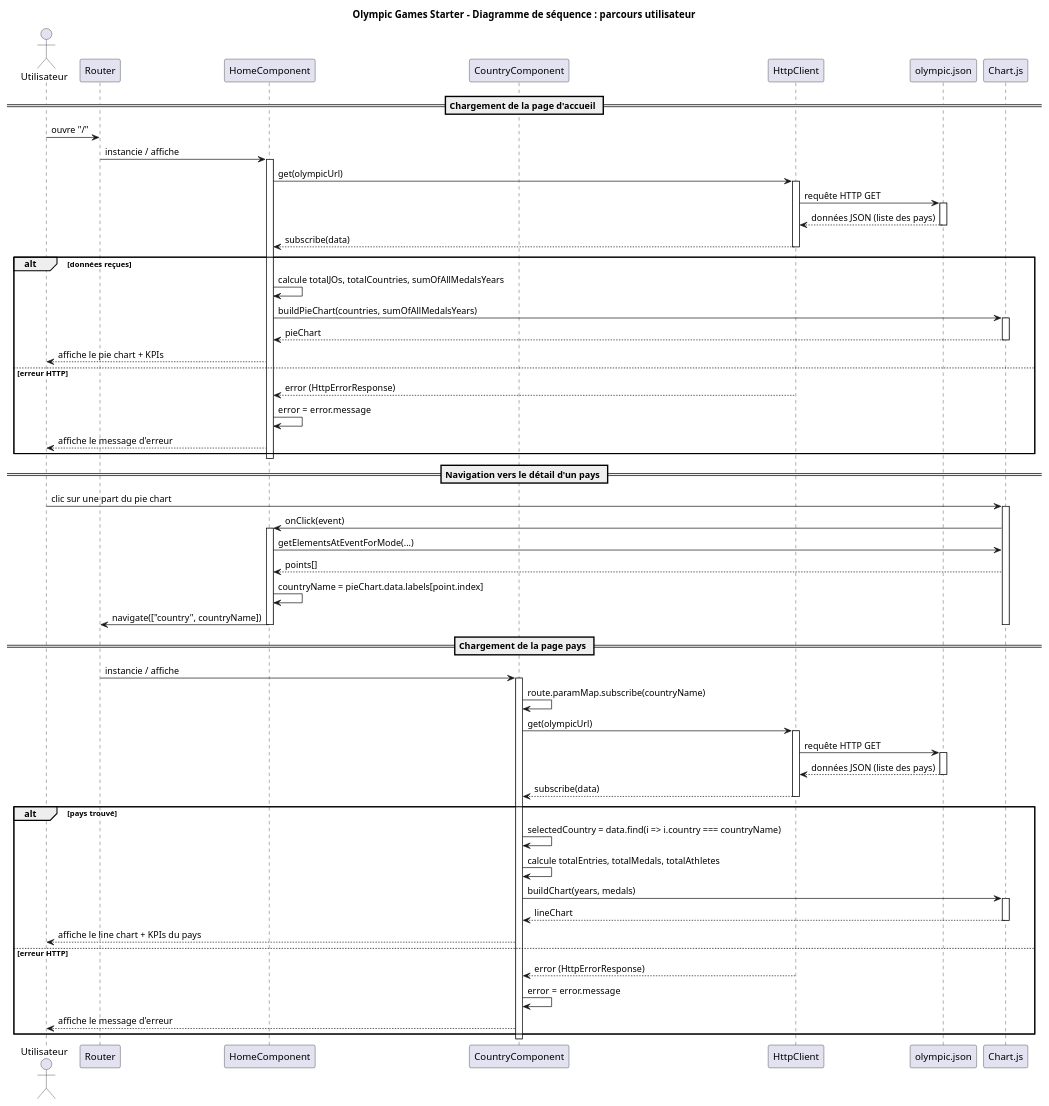
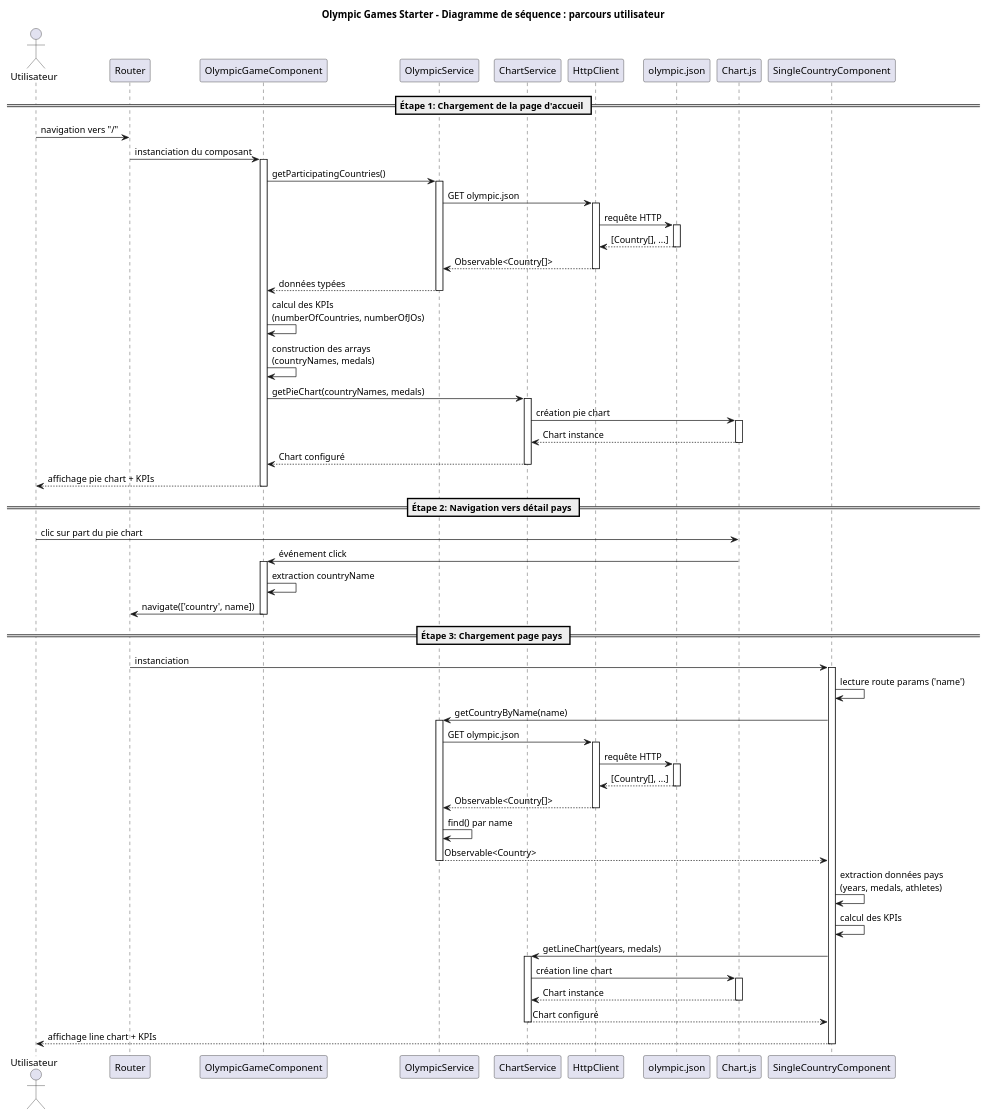
The diagram in docs/diagrams/sequence-diagram.puml (laurentmariko-hub/openclassroom-projet-2), drawn with PlantUML before and after one commit. The commit also changed 13 other files, not shown here.

```diff
--- a/docs/diagrams/sequence-diagram.puml
+++ b/docs/diagrams/sequence-diagram.puml
@@ -1,79 +1,92 @@
 @startuml sequence-diagram
 title Olympic Games Starter - Diagramme de séquence : parcours utilisateur
 
 actor Utilisateur as User
 participant "Router" as Router
-participant "HomeComponent" as Home
-participant "CountryComponent" as Country
+participant "OlympicGameComponent" as OlympicGame
+participant "OlympicService" as Service
+participant "ChartService" as ChartSvc
 participant "HttpClient" as Http
 participant "olympic.json" as Json
 participant "Chart.js" as Chart
 
-== Chargement de la page d'accueil ==
-User -> Router : ouvre "/"
-Router -> Home : instancie / affiche
-activate Home
-Home -> Http : get(olympicUrl)
+== Étape 1: Chargement de la page d'accueil ==
+User -> Router : navigation vers "/"
+Router -> OlympicGame : instanciation du composant
+activate OlympicGame
+
+OlympicGame -> Service : getParticipatingCountries()
+activate Service
+Service -> Http : GET olympic.json
 activate Http
-Http -> Json : requête HTTP GET
+Http -> Json : requête HTTP
 activate Json
-Json --> Http : données JSON (liste des pays)
+Json --> Http : [Country[], ...]
 deactivate Json
-Http --> Home : subscribe(data)
+Http --> Service : Observable<Country[]>
 deactivate Http
 
-alt données reçues
-    Home -> Home : calcule totalJOs, totalCountries, sumOfAllMedalsYears
-    Home -> Chart : buildPieChart(countries, sumOfAllMedalsYears)
-    activate Chart
-    Chart --> Home : pieChart
-    deactivate Chart
-    Home --> User : affiche le pie chart + KPIs
-else erreur HTTP
-    Http --> Home : error (HttpErrorResponse)
-    Home -> Home : error = error.message
-    Home --> User : affiche le message d'erreur
-end
-deactivate Home
+Service --> OlympicGame : données typées
+deactivate Service
 
-== Navigation vers le détail d'un pays ==
-User -> Chart : clic sur une part du pie chart
+OlympicGame -> OlympicGame : calcul des KPIs\n(numberOfCountries, numberOfJOs)
+OlympicGame -> OlympicGame : construction des arrays\n(countryNames, medals)
+
+OlympicGame -> ChartSvc : getPieChart(countryNames, medals)
+activate ChartSvc
+ChartSvc -> Chart : création pie chart
 activate Chart
-Chart -> Home : onClick(event)
-activate Home
-Home -> Chart : getElementsAtEventForMode(...)
-Chart --> Home : points[]
-Home -> Home : countryName = pieChart.data.labels[point.index]
-Home -> Router : navigate(["country", countryName])
-deactivate Home
+Chart --> ChartSvc : Chart instance
 deactivate Chart
+ChartSvc --> OlympicGame : Chart configuré
+deactivate ChartSvc
 
-== Chargement de la page pays ==
-Router -> Country : instancie / affiche
-activate Country
-Country -> Country : route.paramMap.subscribe(countryName)
-Country -> Http : get(olympicUrl)
+OlympicGame --> User : affichage pie chart + KPIs
+deactivate OlympicGame
+
+== Étape 2: Navigation vers détail pays ==
+User -> Chart : clic sur part du pie chart
+Chart -> OlympicGame : événement click
+activate OlympicGame
+OlympicGame -> OlympicGame : extraction countryName
+OlympicGame -> Router : navigate(['country', name])
+deactivate OlympicGame
+
+== Étape 3: Chargement page pays ==
+participant "SingleCountryComponent" as SingleCountry
+Router -> SingleCountry : instanciation
+activate SingleCountry
+
+SingleCountry -> SingleCountry : lecture route params ('name')
+
+SingleCountry -> Service : getCountryByName(name)
+activate Service
+Service -> Http : GET olympic.json
 activate Http
-Http -> Json : requête HTTP GET
+Http -> Json : requête HTTP
 activate Json
-Json --> Http : données JSON (liste des pays)
+Json --> Http : [Country[], ...]
 deactivate Json
-Http --> Country : subscribe(data)
+Http --> Service : Observable<Country[]>
 deactivate Http
 
-alt pays trouvé
-    Country -> Country : selectedCountry = data.find(i => i.country === countryName)
-    Country -> Country : calcule totalEntries, totalMedals, totalAthletes
-    Country -> Chart : buildChart(years, medals)
-    activate Chart
-    Chart --> Country : lineChart
-    deactivate Chart
-    Country --> User : affiche le line chart + KPIs du pays
-else erreur HTTP
-    Http --> Country : error (HttpErrorResponse)
-    Country -> Country : error = error.message
-    Country --> User : affiche le message d'erreur
-end
-deactivate Country
+Service -> Service : find() par name
+Service --> SingleCountry : Observable<Country>
+deactivate Service
+
+SingleCountry -> SingleCountry : extraction données pays\n(years, medals, athletes)
+SingleCountry -> SingleCountry : calcul des KPIs
+
+SingleCountry -> ChartSvc : getLineChart(years, medals)
+activate ChartSvc
+ChartSvc -> Chart : création line chart
+activate Chart
+Chart --> ChartSvc : Chart instance
+deactivate Chart
+ChartSvc --> SingleCountry : Chart configuré
+deactivate ChartSvc
+
+SingleCountry --> User : affichage line chart + KPIs
+deactivate SingleCountry
 
 @enduml
```
